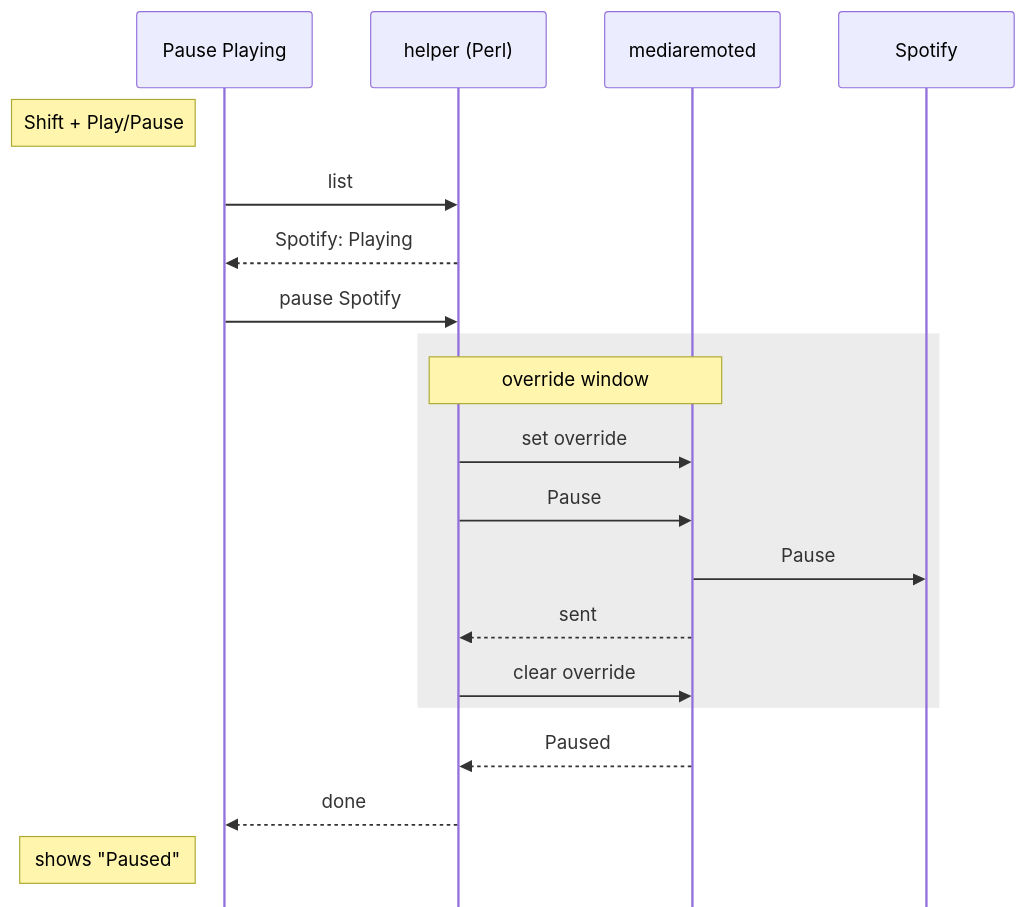
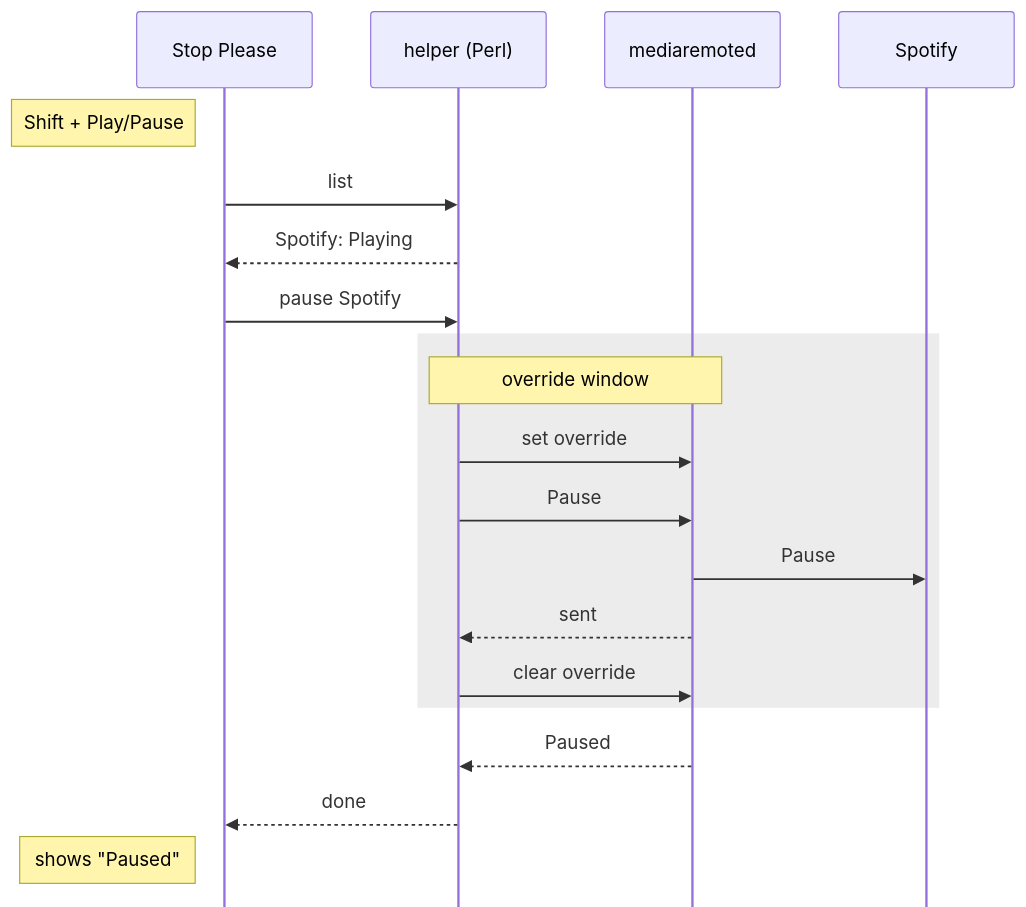
Before and after one commit to chengandre/stop-please: the diagram in README.md, drawn with Mermaid. The commit also changed other lines of this file and 28 other files, not shown here.

Commit message:
feat: rebrand to Stop Please! with a new app and menu-bar icon

````diff
--- a/README.md
+++ b/README.md
@@ -134,23 +138,23 @@
 ```mermaid
 %%{init: {"sequence": {"mirrorActors": false}}}%%
 sequenceDiagram
-    participant App as Pause Playing
+    participant App as Stop Please
     participant Helper as helper (Perl)
     participant MR as mediaremoted
     participant Spotify
     Note left of App: Shift + Play/Pause
     App->>Helper: list
     Helper-->>App: Spotify: Playing
     App->>Helper: pause Spotify
     rect rgba(128, 128, 128, 0.15)
         Note over Helper,MR: override window
         Helper->>MR: set override
         Helper->>MR: Pause
         MR->>Spotify: Pause
         MR-->>Helper: sent
         Helper->>MR: clear override
     end
     MR-->>Helper: Paused
     Helper-->>App: done
     Note left of App: shows "Paused"
 ```
````
